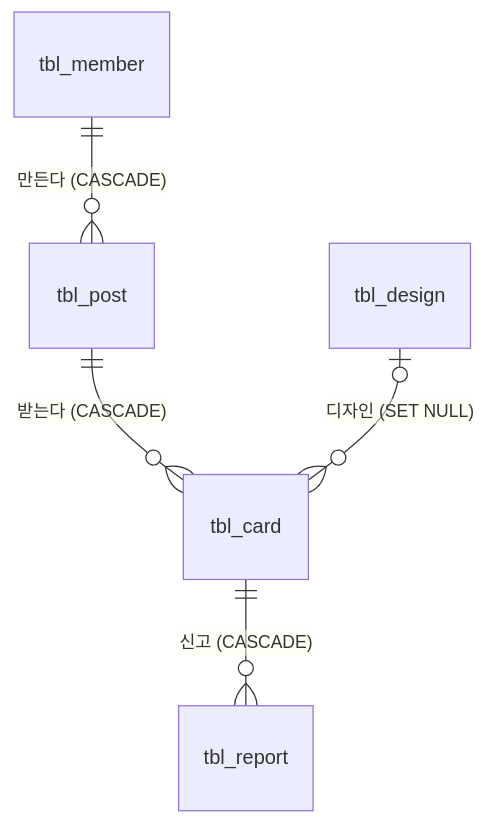
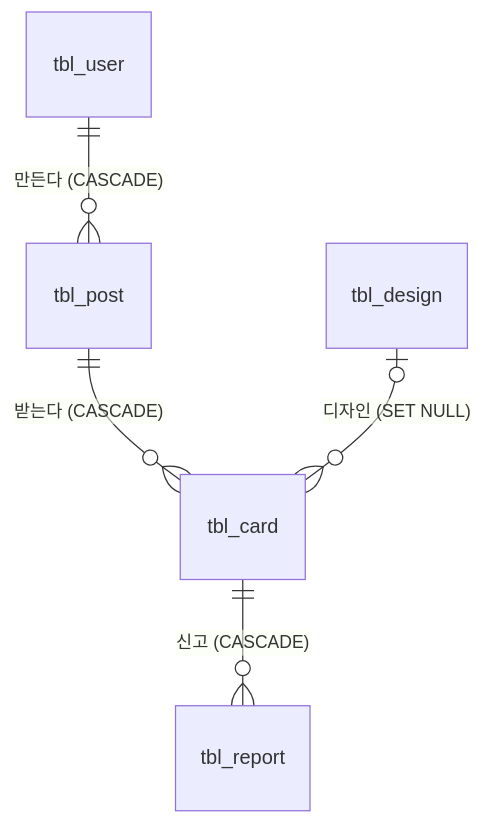
Before and after one commit to Choiyeongsu13/HarenoPost: the diagram in docs/05_database.md, drawn with Mermaid. The commit also changed other lines of this file and 61 other files, not shown here.

````diff
--- a/docs/05_database.md
+++ b/docs/05_database.md
@@ -7,7 +7,7 @@
 ```mermaid
 erDiagram
-    tbl_member ||--o{ tbl_post : "만든다 (CASCADE)"
+    tbl_user ||--o{ tbl_post : "만든다 (CASCADE)"
     tbl_post   ||--o{ tbl_card : "받는다 (CASCADE)"
     tbl_design |o--o{ tbl_card : "디자인 (SET NULL)"
     tbl_card   ||--o{ tbl_report : "신고 (CASCADE)"
 ```
````
